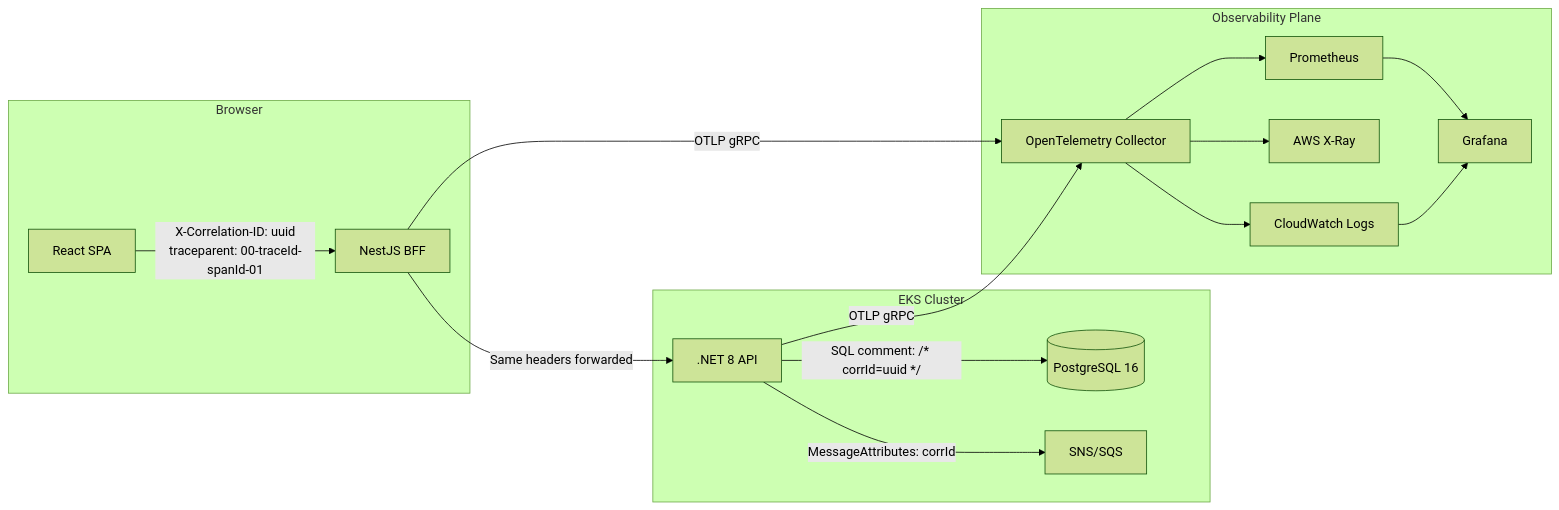
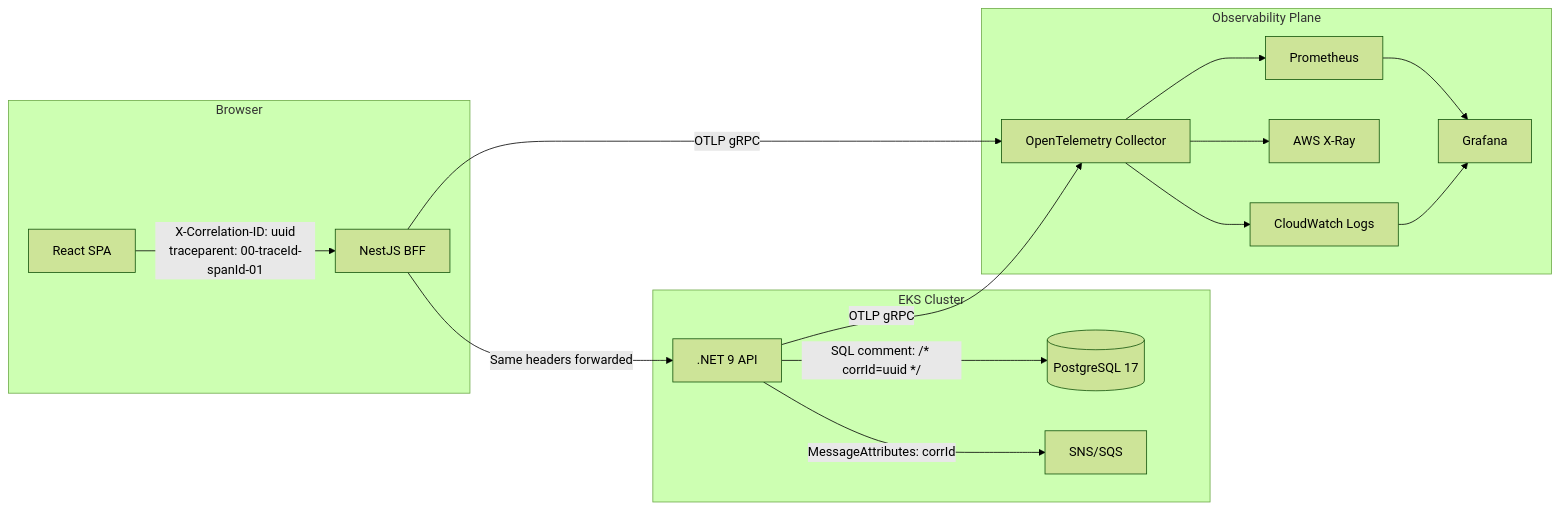
One commit to sukhesh035/employee_budget_allocation changed diagram 13 of 23 in docs/superpowers/specs/2026-04-17-employee-budget-allocation-design.md. Above: the diagram before and after it, drawn with Mermaid (forest theme). The commit also changed other lines of this file and 11 other files, not shown here.

````diff
--- a/docs/superpowers/specs/2026-04-17-employee-budget-allocation-design.md
+++ b/docs/superpowers/specs/2026-04-17-employee-budget-allocation-design.md
@@ -1312,28 +1316,28 @@
 ```mermaid
 flowchart LR
     subgraph Browser
         A[React SPA] -->|"X-Correlation-ID: uuid\ntraceparent: 00-traceId-spanId-01"| B
     end
 
     subgraph EKS["EKS Cluster"]
-        B[NestJS BFF] -->|"Same headers forwarded"| C[.NET 8 API]
-        C -->|"SQL comment: /* corrId=uuid */"| D[(PostgreSQL 16)]
+        B[NestJS BFF] -->|"Same headers forwarded"| C[.NET 9 API]
+        C -->|"SQL comment: /* corrId=uuid */"| D[(PostgreSQL 17)]
         C -->|"MessageAttributes: corrId"| E[SNS/SQS]
     end
 
     subgraph Observability["Observability Plane"]
         F[OpenTelemetry Collector]
         G[CloudWatch Logs]
         H[AWS X-Ray]
         I[Prometheus]
         J[Grafana]
     end
 
     B -->|OTLP gRPC| F
     C -->|OTLP gRPC| F
     F --> G
     F --> H
     F --> I
     I --> J
     G --> J
 ```
````
